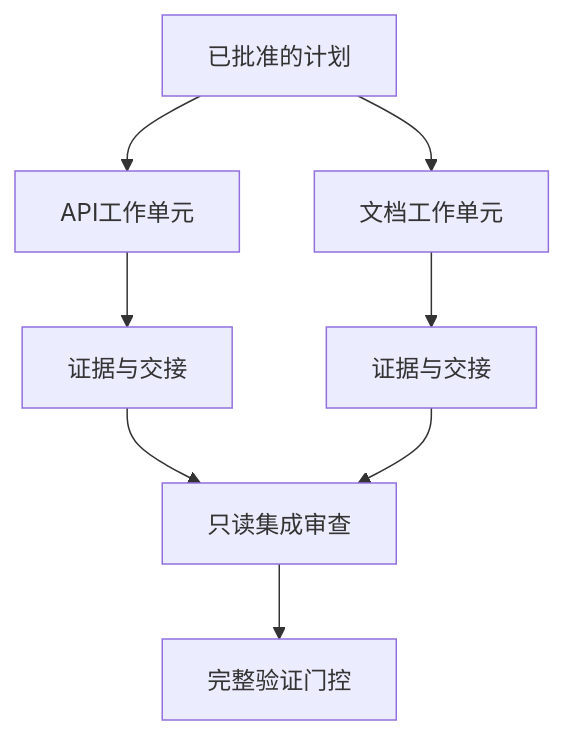
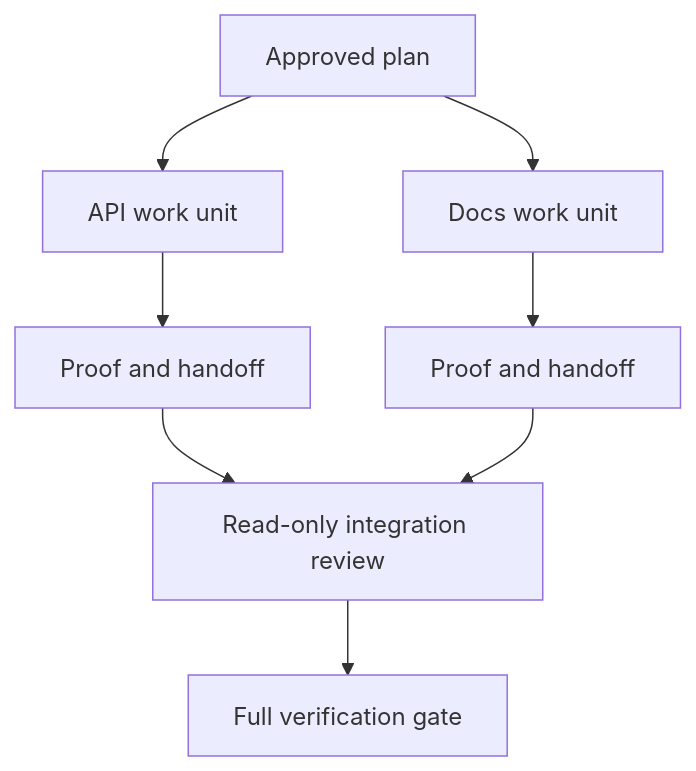
The diagram in i18n/zh/phases/14-agent-engineering/45-delegate-with-isolation/docs/zh.md (xiaojiaenen/ai-engineering-from-scratch-zh), drawn with Mermaid before and after one commit. The commit also changed other lines of this file and 54 other files, not shown here.

````diff
--- a/i18n/zh/phases/14-agent-engineering/45-delegate-with-isolation/docs/zh.md
+++ b/i18n/zh/phases/14-agent-engineering/45-delegate-with-isolation/docs/zh.md
@@ -51,10 +51,10 @@
 ```mermaid
 flowchart TD
-  P[已批准的计划] --> A[API工作单元]
-  P --> D[文档工作单元]
-  A --> H1[证据与交接]
-  D --> H2[证据与交接]
-  H1 --> R[只读集成审查]
+  P[Approved plan] --> A[API work unit]
+  P --> D[Docs work unit]
+  A --> H1[Proof and handoff]
+  D --> H2[Proof and handoff]
+  H1 --> R[Read-only integration review]
   H2 --> R
-  R --> G[完整验证门控]
+  R --> G[Full verification gate]
 ```
````
